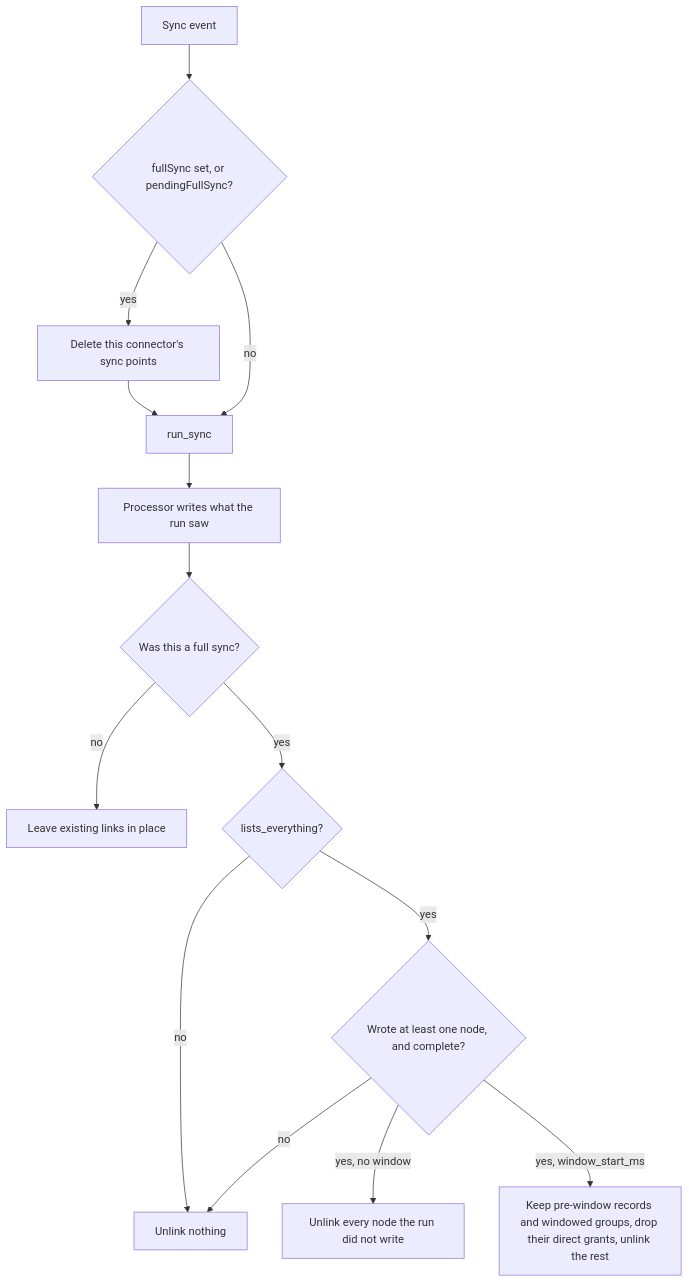
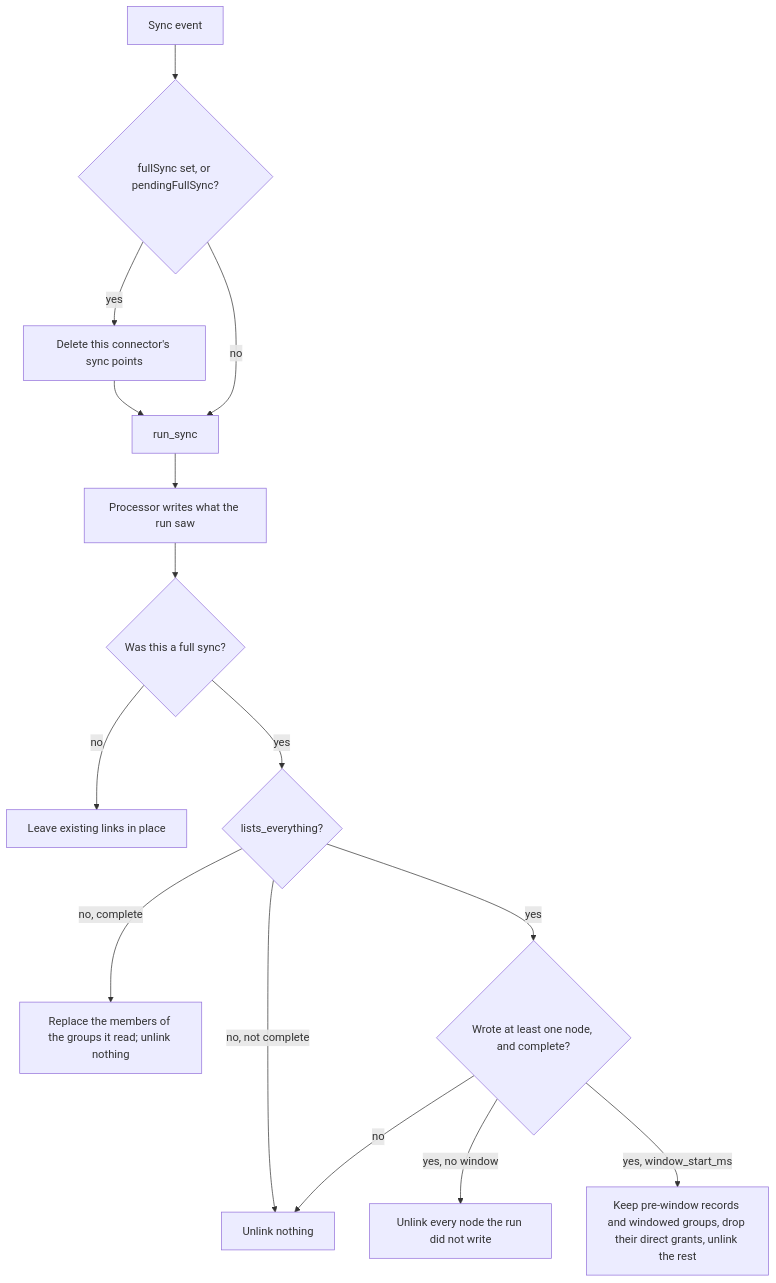
Before and after one commit to pipeshub-ai/pipeshub-ai: the third of 5 diagrams in docs/connectors/01-high-level-design.md, drawn with Mermaid. The commit also changed other lines of this file and 5 other files, not shown here.

First line of the commit message:
fix(sync): a feed's full sync still replaces the group members it read

````diff
--- a/docs/connectors/01-high-level-design.md
+++ b/docs/connectors/01-high-level-design.md
@@ -86,16 +86,17 @@
 ```mermaid
 flowchart TD
   E[Sync event] --> F{fullSync set, or pendingFullSync?}
   F -->|yes| D[Delete this connector's sync points]
   D --> R[run_sync]
   F -->|no| R
   R --> W[Processor writes what the run saw]
   W --> Q{Was this a full sync?}
   Q -->|no| N[Leave existing links in place]
   Q -->|yes| L{lists_everything?}
-  L -->|no| K
+  L -->|no, complete| M[Replace the members of the groups it read; unlink nothing]
+  L -->|no, not complete| K
   L -->|yes| C{Wrote at least one node, and complete?}
   C -->|no| K[Unlink nothing]
   C -->|yes, no window| U[Unlink every node the run did not write]
   C -->|yes, window_start_ms| Win[Keep pre-window records and windowed groups, drop their direct grants, unlink the rest]
 ```
````
